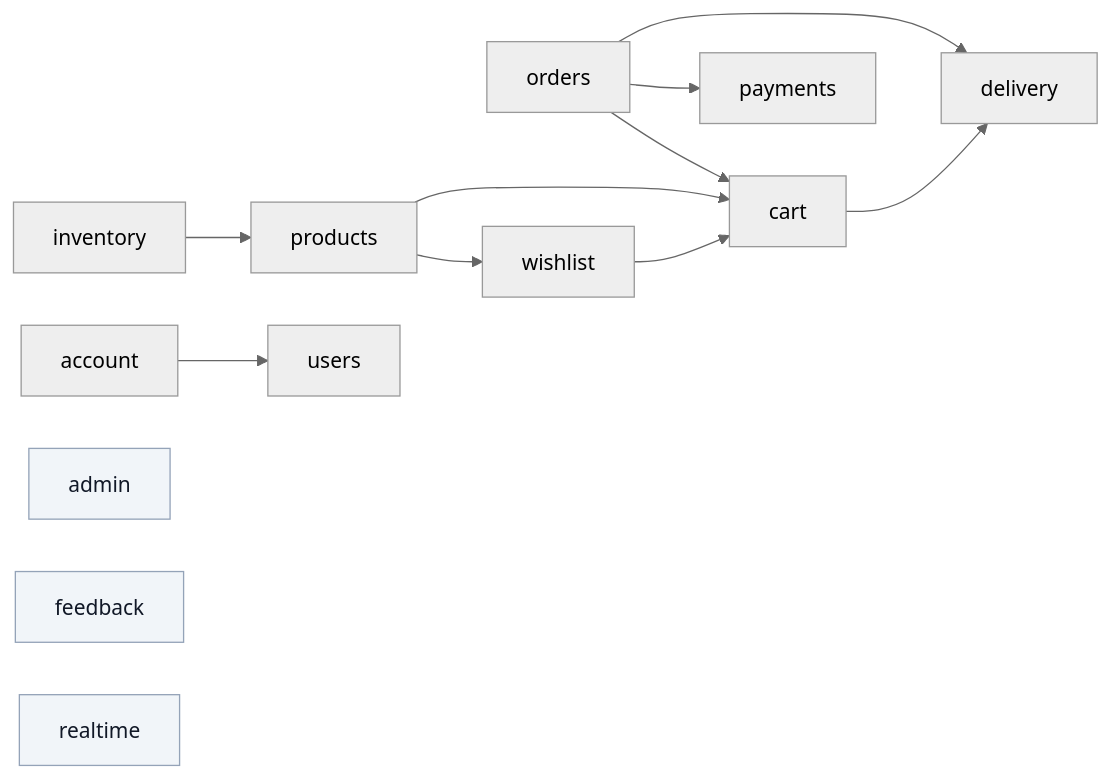
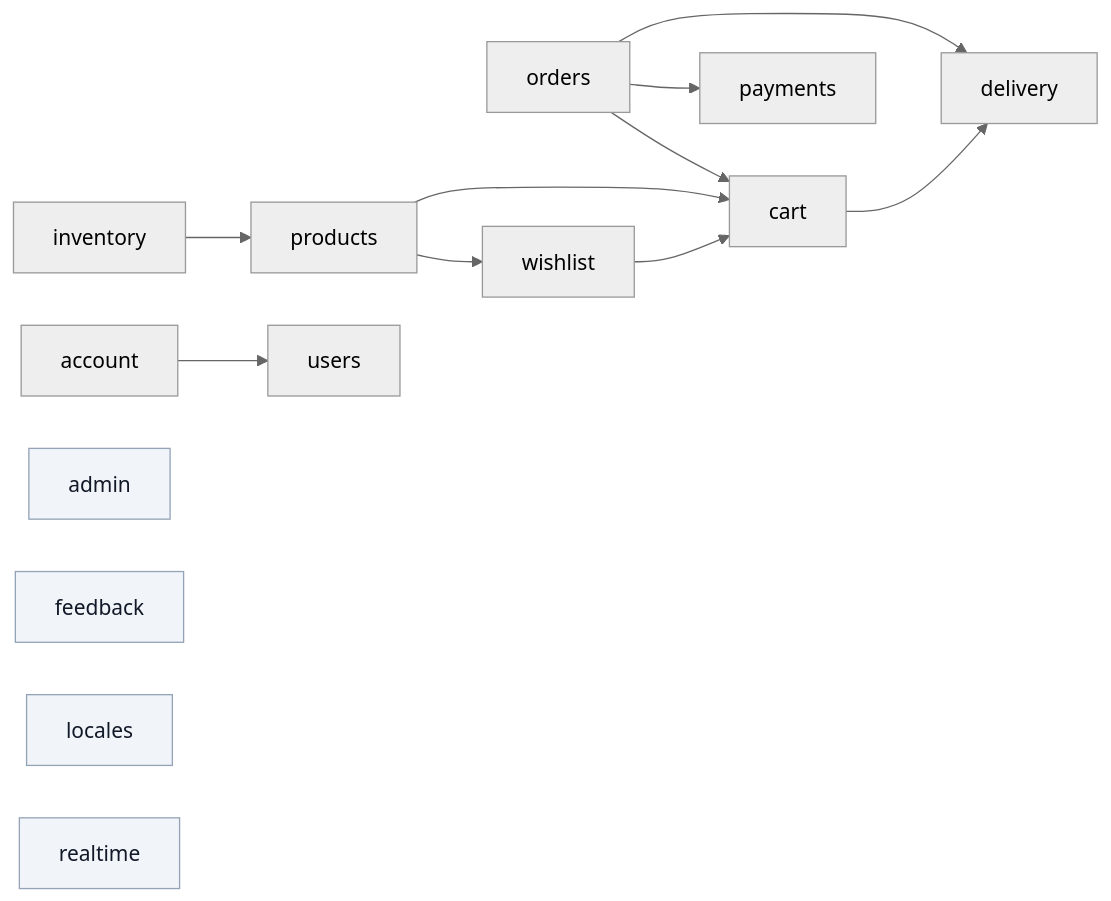
One commit to Guebbit/boilerplate-vue-frontend changed the first of 3 diagrams in docs/theory/layers.md. Above: the diagram before and after it, drawn with Mermaid (neutral theme). The commit also changed other lines of this file and 25 other files, not shown here.

````diff
--- a/docs/theory/layers.md
+++ b/docs/theory/layers.md
@@ -50,19 +50,20 @@
 ```mermaid
 %%{init: {'flowchart': {'nodeSpacing': 40, 'rankSpacing': 50}}}%%
 flowchart LR
     orders --> cart
     orders --> delivery
     orders --> payments
     cart --> delivery
     products --> cart
     products --> wishlist
     wishlist --> cart
     inventory --> products
     account --> users
 
     admin:::leaf
     feedback:::leaf
+    locales:::leaf
     realtime:::leaf
 
     classDef leaf fill:#f1f5f9,stroke:#94a3b8,color:#111827;
 ```
````
